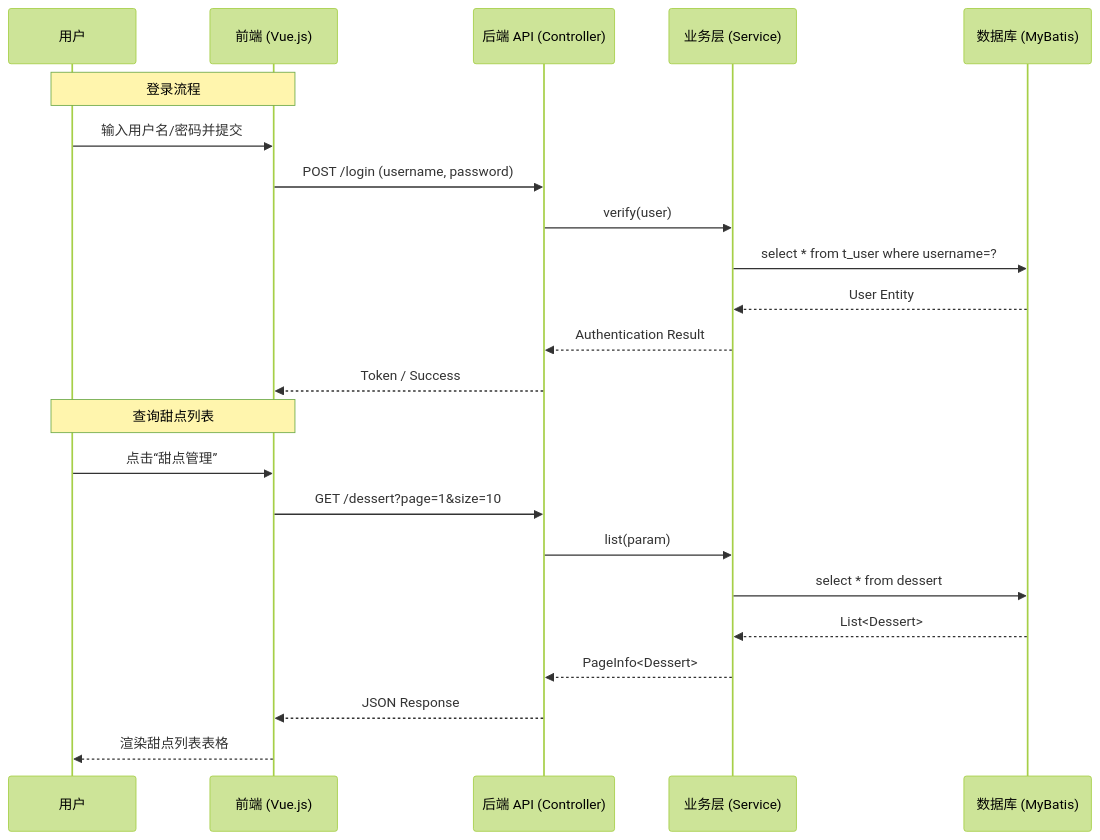
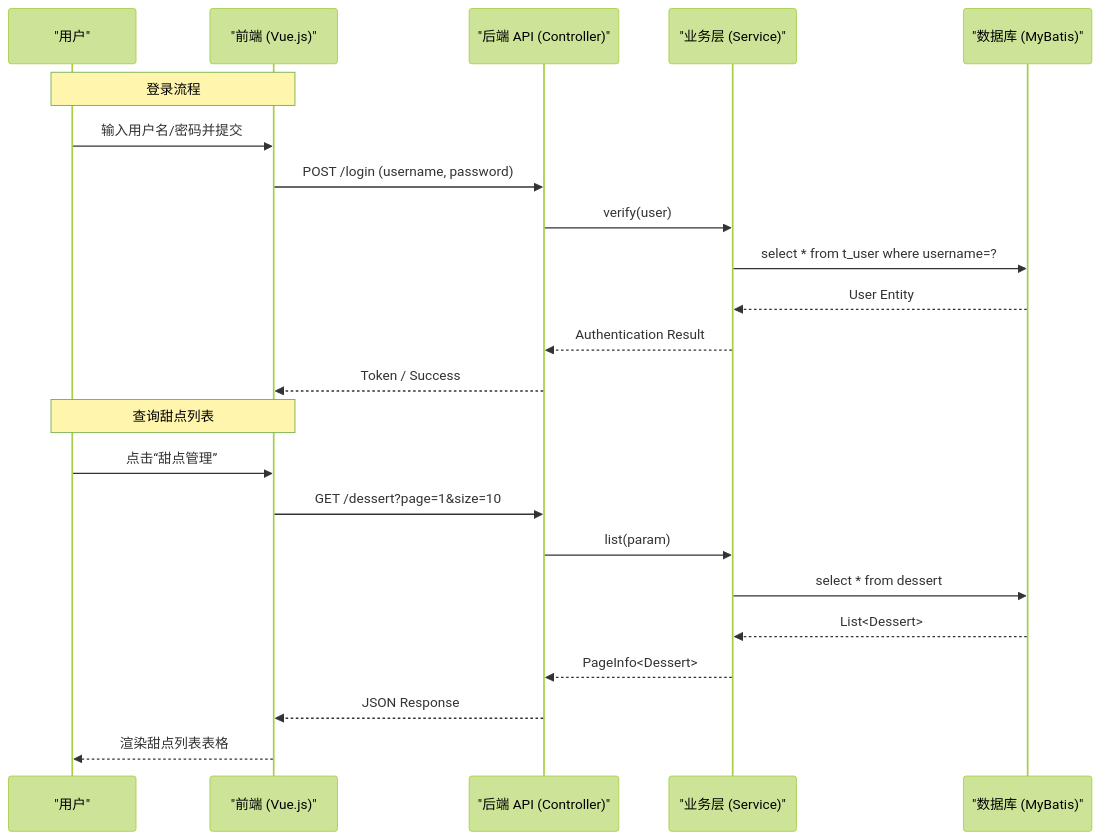
One commit to eastenzero/dessert-management changed the diagram in docs/sequence.mermaid. Above: the diagram before and after it, drawn with Mermaid (forest theme). The commit also changed 3 other files, not shown here.

Commit message:
docs: fix README encoding and Mermaid rendering compatibility

```diff
--- a/docs/sequence.mermaid
+++ b/docs/sequence.mermaid
@@ -1,25 +1,25 @@
 sequenceDiagram
-    participant User as 用户
-    participant Vue as 前端 (Vue.js)
-    participant API as 后端 API (Controller)
-    participant Service as 业务层 (Service)
-    participant DB as 数据库 (MyBatis)
+    participant User as "用户"
+    participant Vue as "前端 (Vue.js)"
+    participant API as "后端 API (Controller)"
+    participant Service as "业务层 (Service)"
+    participant DB as "数据库 (MyBatis)"
 
     Note over User, Vue: 登录流程
     User->>Vue: 输入用户名/密码并提交
     Vue->>API: POST /login (username, password)
     API->>Service: verify(user)
     Service->>DB: select * from t_user where username=?
     DB-->>Service: User Entity
     Service-->>API: Authentication Result
     API-->>Vue: Token / Success
     
     Note over User, Vue: 查询甜点列表
     User->>Vue: 点击“甜点管理”
     Vue->>API: GET /dessert?page=1&size=10
     API->>Service: list(param)
     Service->>DB: select * from dessert
     DB-->>Service: List<Dessert>
     Service-->>API: PageInfo<Dessert>
     API-->>Vue: JSON Response
     Vue-->>User: 渲染甜点列表表格
```
